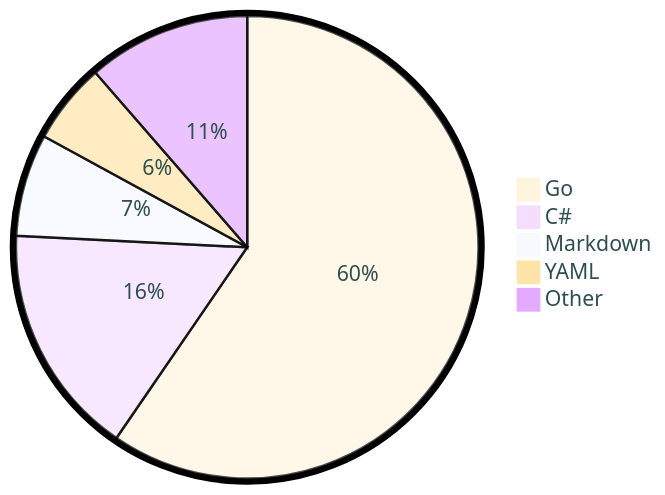
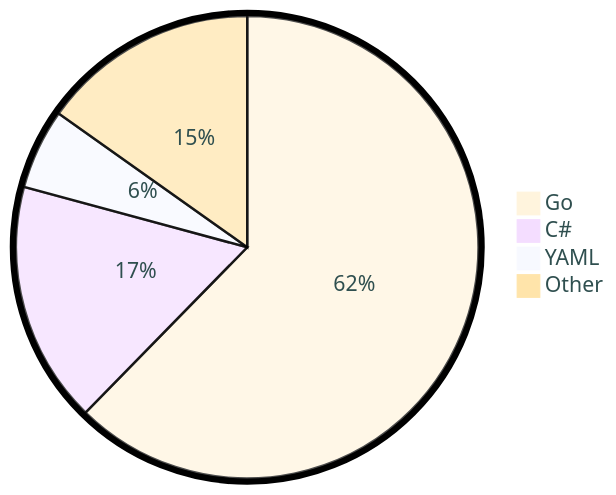
The diagram in README.md (tot0p/tot0p), drawn with Mermaid before and after one commit. The commit also changed other lines of this file, not shown here.

````diff
--- a/README.md
+++ b/README.md
@@ -83,9 +81,8 @@
 ```mermaid
 %%{init: {"pie": {"textPosition": 0.5}, "themeVariables": {"pieOuterStrokeWidth": "5px","primaryTextColor" : "#2F4F4F"},"theme":"base"} }%%
 pie
-	"Go": 59.56
-	"C#": 16.22
-	"Markdown": 7.16
-	"YAML": 5.66
-	"Other": 11.39
+	"Go": 62.33
+	"C#": 16.88
+	"YAML": 5.62
+	"Other": 15.18
 ```
````
